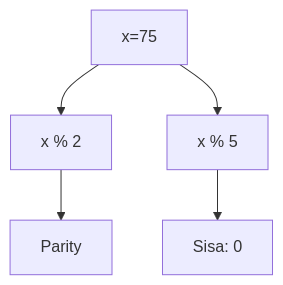
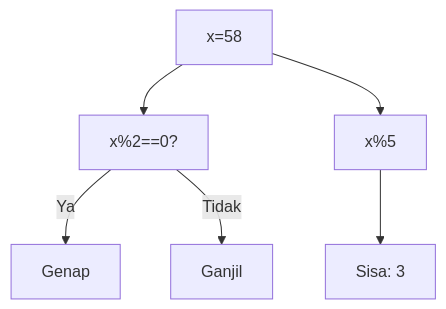
One commit to amnahwaida/OSNK_INF_PREP changed the fifth of 25 diagrams in part-c-pemahaman-cpp/06-bitwise/latihan/set-05.md. Above: the diagram before and after it, drawn with Mermaid. The commit also changed other lines of this file and 71 other files, not shown here.

Commit message:
Fixed Mermaid syntax lexical errors with quoted labels in 1,800 questions

````diff
--- a/part-c-pemahaman-cpp/06-bitwise/latihan/set-05.md
+++ b/part-c-pemahaman-cpp/06-bitwise/latihan/set-05.md
@@ -85,7 +152,8 @@
 ```mermaid
 graph TD
-A[x=75] --> B[x % 2]
-B --> C[Parity]
-A --> D[x % 5]
-D --> E[Sisa: 0]
+A["x=58"] --> B["x%2==0?"]
+B -- Ya --> C["Genap"]
+B -- Tidak --> D["Ganjil"]
+A --> E["x%5"]
+E --> F["Sisa: 3"]
 ```
````
